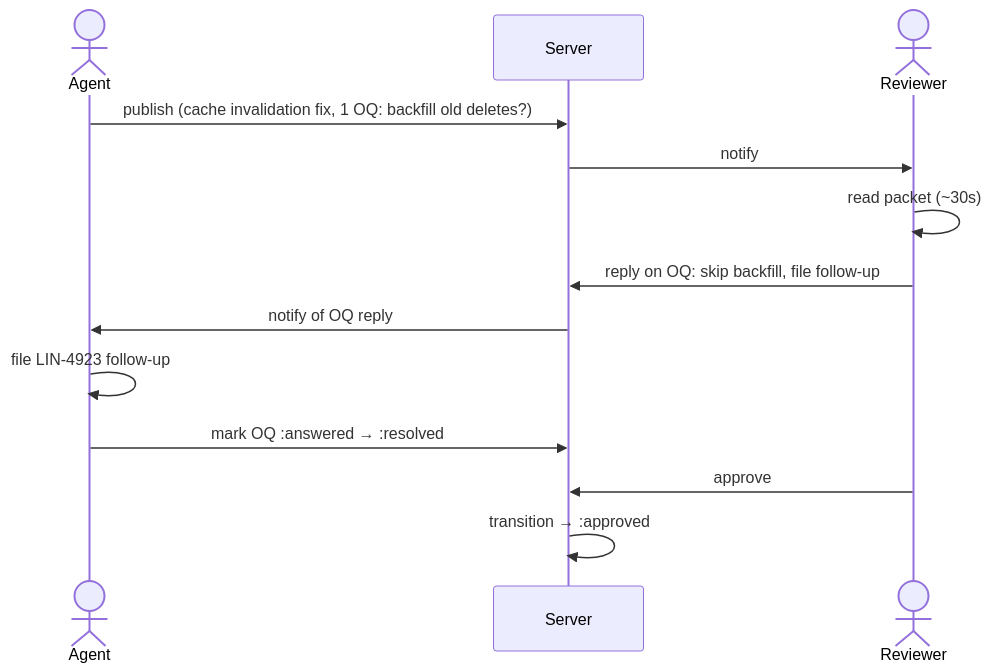
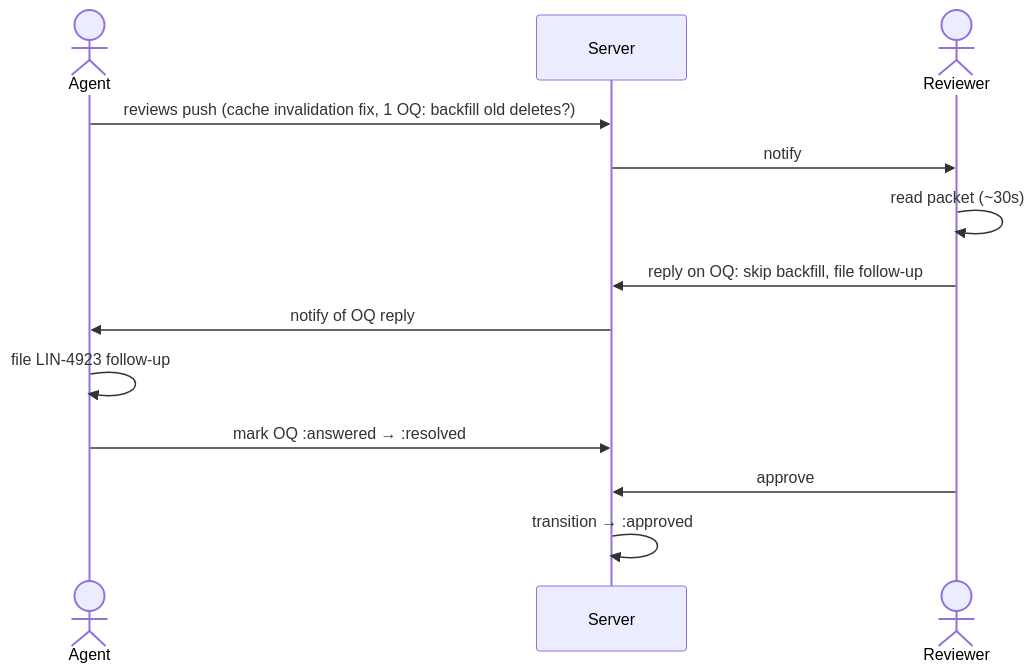
Before and after one commit to figitaki/reviews: the third of 6 diagrams in .plans/review-packet-prd.md, drawn with Mermaid. The commit also changed other lines of this file and 2 other files, not shown here.

````diff
--- a/.plans/review-packet-prd.md
+++ b/.plans/review-packet-prd.md
@@ -113,16 +63,16 @@
 ```mermaid
 sequenceDiagram
     actor Author as Agent
     participant Server
     actor Reviewer
 
-    Author->>Server: publish (cache invalidation fix, 1 OQ: backfill old deletes?)
+    Author->>Server: reviews push (cache invalidation fix, 1 OQ: backfill old deletes?)
     Server->>Reviewer: notify
     Reviewer->>Reviewer: read packet (~30s)
     Reviewer->>Server: reply on OQ: skip backfill, file follow-up
     Server->>Author: notify of OQ reply
     Author->>Author: file LIN-4923 follow-up
     Author->>Server: mark OQ :answered → :resolved
     Reviewer->>Server: approve
     Server->>Server: transition → :approved
 ```
````
